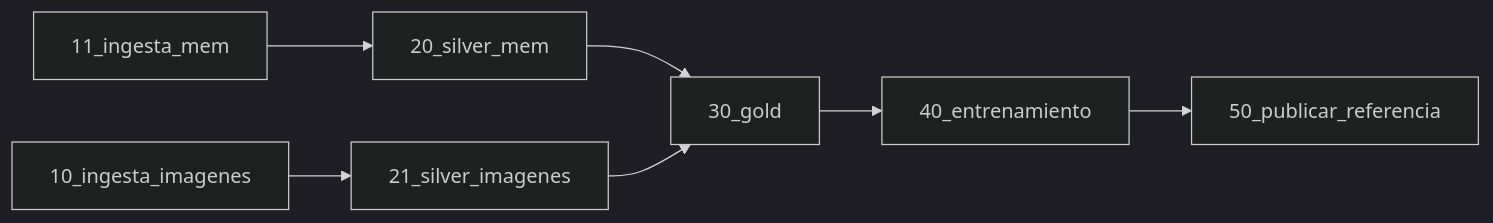
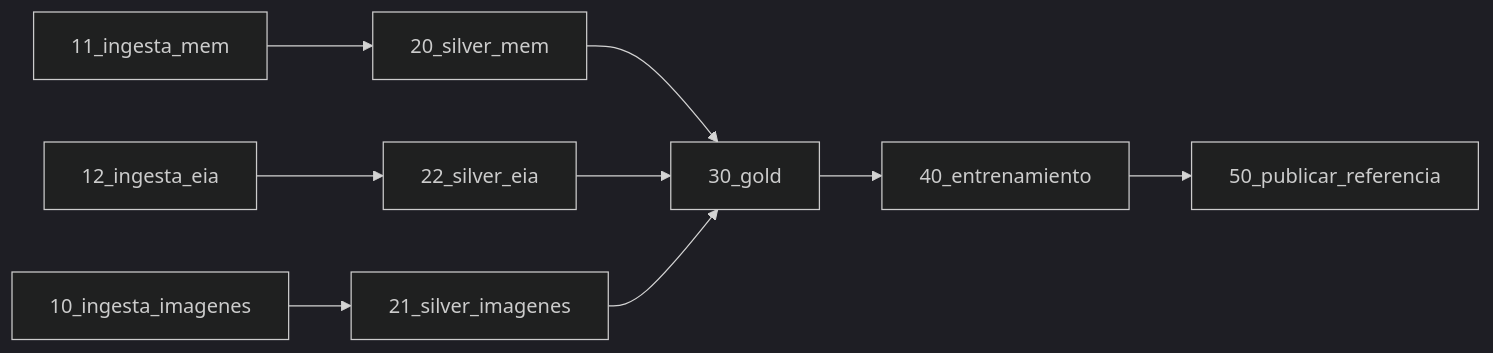
One commit to chuy-zip/MLOPS_GAS_PRICES_PROJECT changed the second of 2 diagrams in docs/arquitectura/arquitectura.md. Above: the diagram before and after it, drawn with Mermaid (dark theme). The commit also changed other lines of this file and 20 other files, not shown here.

````diff
--- a/docs/arquitectura/arquitectura.md
+++ b/docs/arquitectura/arquitectura.md
@@ -45,9 +45,11 @@
 ```mermaid
 flowchart LR
     T10["10_ingesta_imagenes"] --> T21["21_silver_imagenes"]
     T11["11_ingesta_mem"] --> T20["20_silver_mem"]
+    T12["12_ingesta_eia"] --> T22["22_silver_eia"]
     T20 --> T30["30_gold"]
+    T22 --> T30
     T21 --> T30
     T30 --> T40["40_entrenamiento"]
     T40 --> T50["50_publicar_referencia"]
 ```
````
